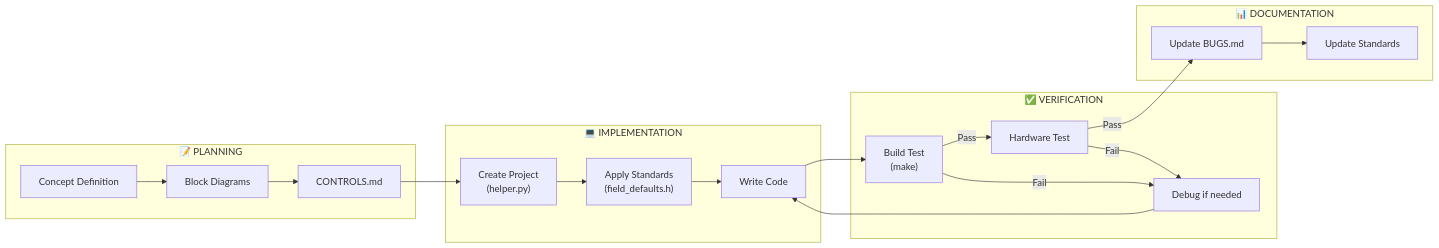
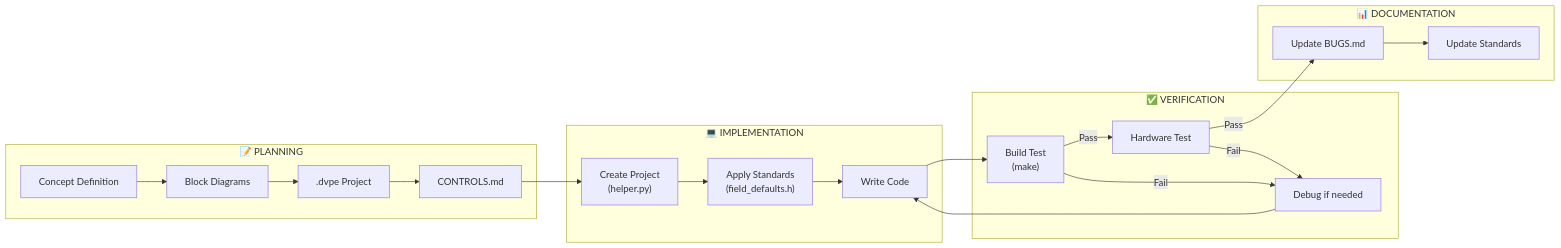
The third of 10 diagrams in DAISY_QAE/README.md (Denys/DaisyExamples), drawn with Mermaid before and after one commit. The commit also changed other lines of this file and 97 other files, not shown here.

````diff
--- a/DAISY_QAE/README.md
+++ b/DAISY_QAE/README.md
@@ -139,33 +141,34 @@
 ```mermaid
 flowchart LR
     subgraph Phase1["📝 PLANNING"]
         A1["Concept Definition"]
         A2["Block Diagrams"]
-        A3["CONTROLS.md"]
+        A3[".dvpe Project"]
+        A4["CONTROLS.md"]
     end
     
     subgraph Phase2["💻 IMPLEMENTATION"]
         B1["Create Project<br/>(helper.py)"]
         B2["Apply Standards<br/>(field_defaults.h)"]
         B3["Write Code"]
     end
     
     subgraph Phase3["✅ VERIFICATION"]
         C1["Build Test<br/>(make)"]
         C2["Hardware Test"]
         C3["Debug if needed"]
     end
     
     subgraph Phase4["📊 DOCUMENTATION"]
         D1["Update BUGS.md"]
         D2["Update Standards"]
     end
     
-    A1 --> A2 --> A3 --> B1 --> B2 --> B3 --> C1
+    A1 --> A2 --> A3 --> A4 --> B1 --> B2 --> B3 --> C1
     C1 -->|"Pass"| C2
     C1 -->|"Fail"| C3
     C2 -->|"Pass"| D1
     C2 -->|"Fail"| C3
     C3 --> B3
     D1 --> D2
 ```
````
